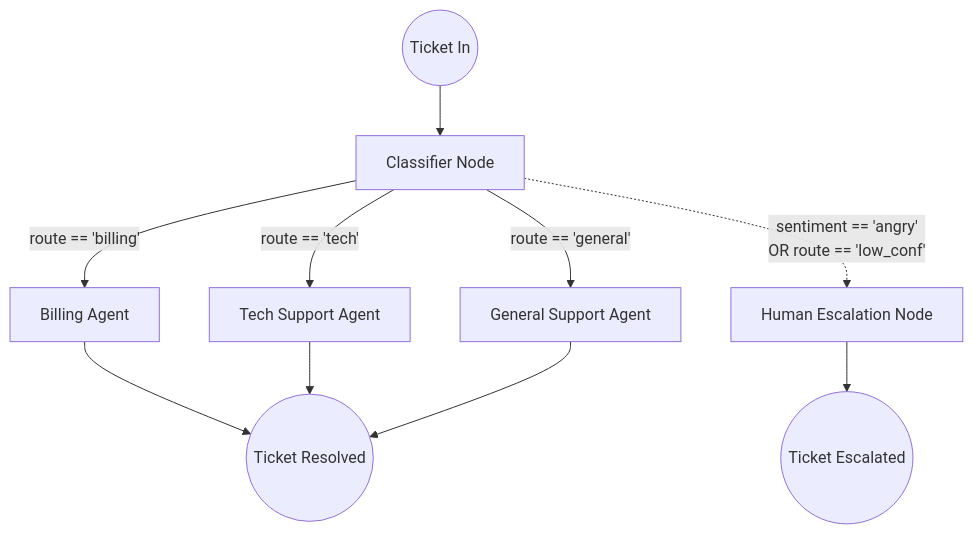
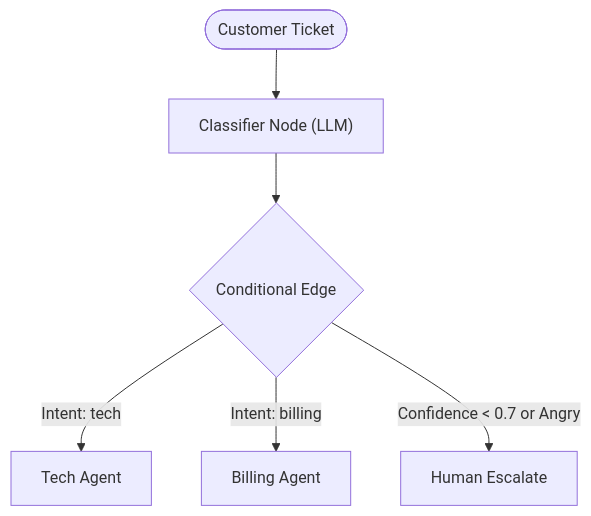
Before and after one commit to SumitDalavi/support-triage-graph: the diagram in docs/architecture.md, drawn with Mermaid. The commit also changed other lines of this file, not shown here.

````diff
--- a/docs/architecture.md
+++ b/docs/architecture.md
@@ -7,15 +6,15 @@
 ```mermaid
-graph TD
-    Start((Ticket In)) --> Classify[Classifier Node]
-    
-    Classify -->|route == 'billing'| Billing[Billing Agent]
-    Classify -->|route == 'tech'| Tech[Tech Support Agent]
-    Classify -->|route == 'general'| General[General Support Agent]
-    
-    Classify -.->|sentiment == 'angry'<br/>OR route == 'low_conf'| Escalate[Human Escalation Node]
-    
-    Billing --> End((Ticket Resolved))
-    Tech --> End
-    General --> End
-    Escalate --> EscalateEnd((Ticket Escalated))
+flowchart TD
+    Ticket(["Customer Ticket"])
+    Classify["Classifier Node (LLM)"]
+    CondEdge{"Conditional Edge"}
+    Tech["Tech Agent"]
+    Billing["Billing Agent"]
+    Escalate["Human Escalate"]
+
+    Ticket --> Classify
+    Classify --> CondEdge
+    CondEdge -->|"Intent: tech"| Tech
+    CondEdge -->|"Intent: billing"| Billing
+    CondEdge -->|"Confidence < 0.7 or Angry"| Escalate
 ```
````
